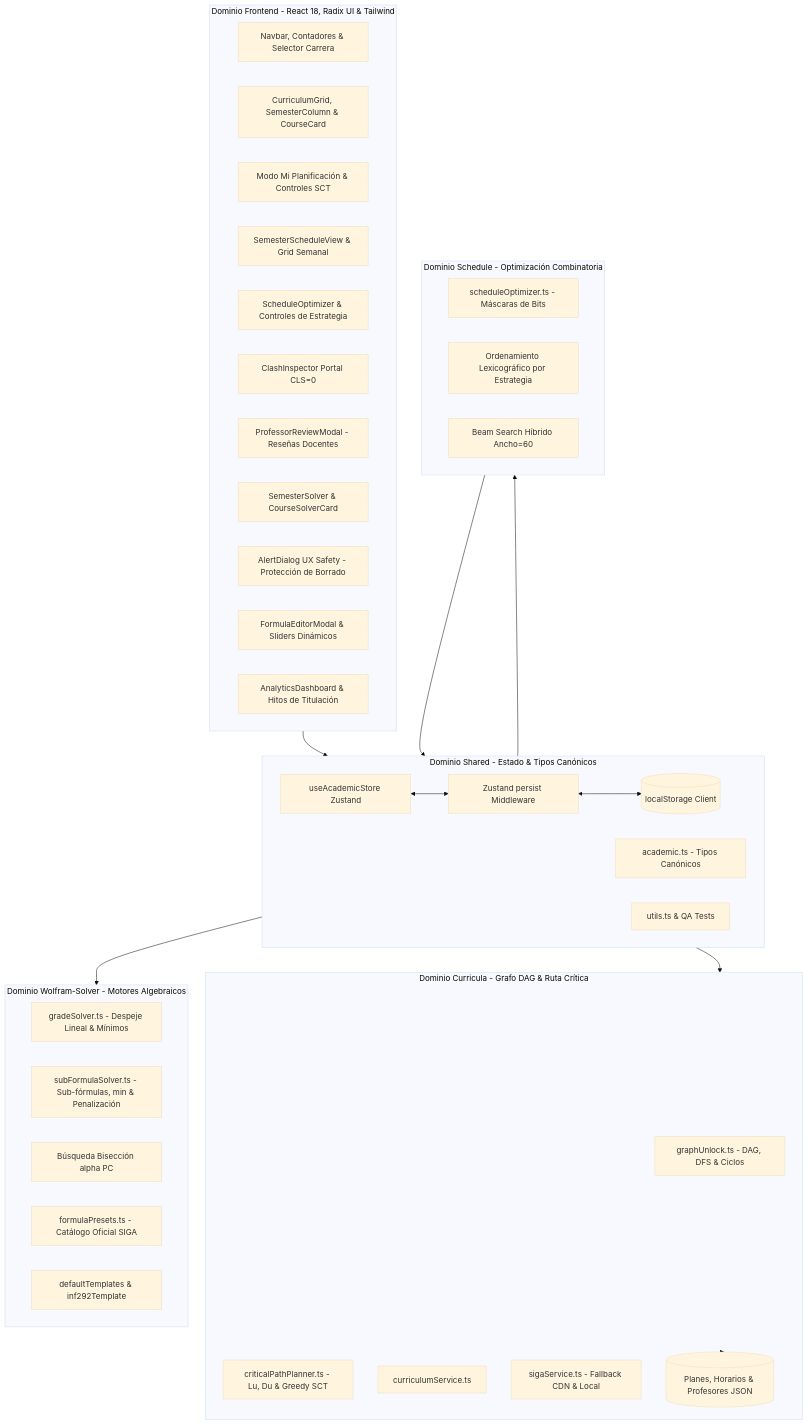
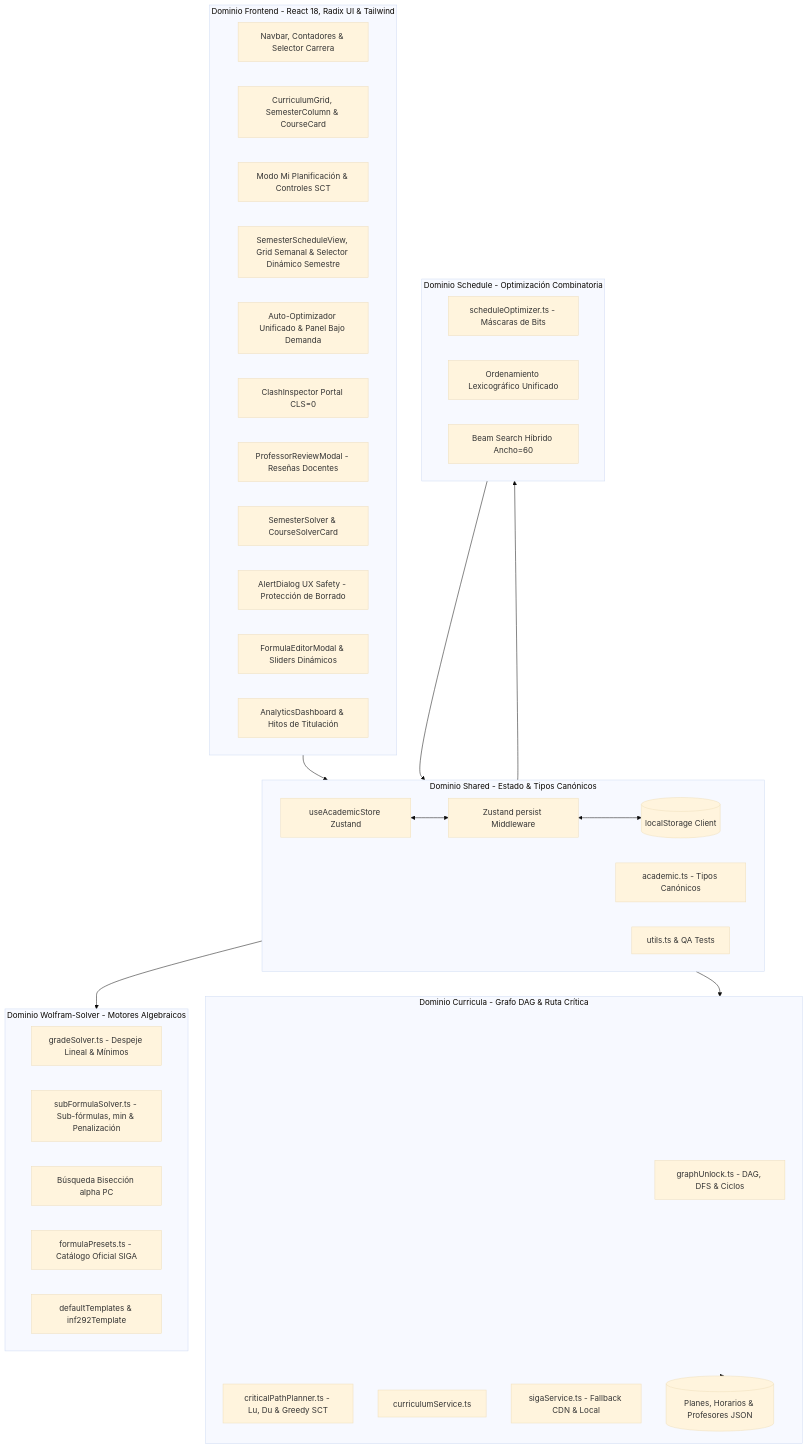
The second of 3 diagrams in CONTEXT.md (meta55-dev/Malla-USM), drawn with Mermaid (base theme) before and after one commit. The commit also changed other lines of this file and 6 other files, not shown here.

Commit message:
feat(schedule): se agrega optimizador unificado, semestre dinamicos con deteccion de fecha y actualizacion de docs

````diff
--- a/CONTEXT.md
+++ b/CONTEXT.md
@@ -89,54 +88,54 @@
 ```mermaid
 flowchart TD
     subgraph Frontend_Domain [Dominio Frontend - React 18, Radix UI & Tailwind]
         Navbar[Navbar, Contadores & Selector Carrera]
         CurriculumGrid[CurriculumGrid, SemesterColumn & CourseCard]
         PlannerMode[Modo Mi Planificación & Controles SCT]
-        ScheduleView[SemesterScheduleView & Grid Semanal]
-        ScheduleOptimizerUI[ScheduleOptimizer & Controles de Estrategia]
+        ScheduleView[SemesterScheduleView, Grid Semanal & Selector Dinámico Semestre]
+        ScheduleOptimizerUI[Auto-Optimizador Unificado & Panel Bajo Demanda]
         ClashInspector[ClashInspector Portal CLS=0]
         ProfModal[ProfessorReviewModal - Reseñas Docentes]
         SolverView[SemesterSolver & CourseSolverCard]
         UXSafety[AlertDialog UX Safety - Protección de Borrado]
         FormulaModal[FormulaEditorModal & Sliders Dinámicos]
         AnalyticsView[AnalyticsDashboard & Hitos de Titulación]
     end
 
     subgraph Shared_Domain [Dominio Shared - Estado & Tipos Canónicos]
         Store[useAcademicStore Zustand]
         Persist[Zustand persist Middleware]
         Storage[(localStorage Client)]
         Types[academic.ts - Tipos Canónicos]
         Utils[utils.ts & QA Tests]
         Store <--> Persist <--> Storage
     end
 
     subgraph Curricula_Domain [Dominio Curricula - Grafo DAG & Ruta Crítica]
         GraphEngine[graphUnlock.ts - DAG, DFS & Ciclos]
         CriticalPathEngine[criticalPathPlanner.ts - Lu, Du & Greedy SCT]
         CurriculumService[curriculumService.ts]
         SigaService[sigaService.ts - Fallback CDN & Local]
         DataJSON[(Planes, Horarios & Profesores JSON)]
     end
 
     subgraph Schedule_Domain [Dominio Schedule - Optimización Combinatoria]
         BitmaskEngine[scheduleOptimizer.ts - Máscaras de Bits]
-        LexicographicSort[Ordenamiento Lexicográfico por Estrategia]
+        LexicographicSort[Ordenamiento Lexicográfico Unificado]
         BeamSearch[Beam Search Híbrido Ancho=60]
     end
 
     subgraph Wolfram_Domain [Dominio Wolfram-Solver - Motores Algebraicos]
         SolverEngine[gradeSolver.ts - Despeje Lineal & Mínimos]
         SubFormulaEngine[subFormulaSolver.ts - Sub-fórmulas, min & Penalización]
         BisectionEngine[Búsqueda Bisección alpha PC]
         Presets[formulaPresets.ts - Catálogo Oficial SIGA]
         Templates[defaultTemplates & inf292Template]
     end
 
     Frontend_Domain --> Shared_Domain
     Shared_Domain --> Curricula_Domain
     Shared_Domain --> Wolfram_Domain
     Shared_Domain --> Schedule_Domain
     Schedule_Domain --> Shared_Domain
     Curricula_Domain --> DataJSON
 ```
````
